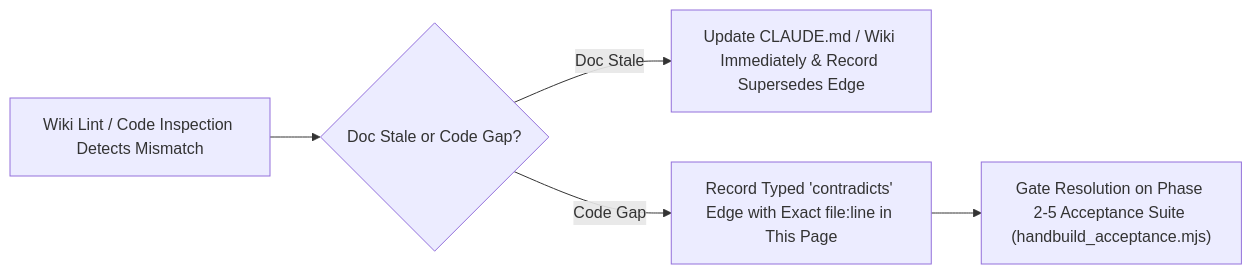
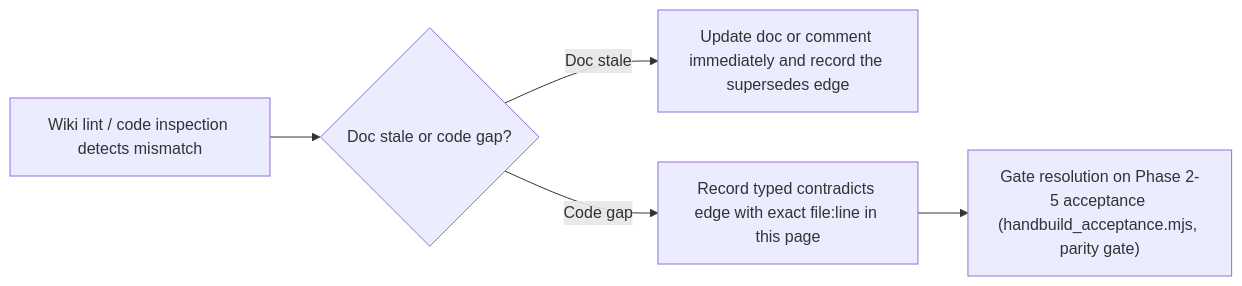
One commit to HCSS-StratBase/rizzoma changed the second of 2 diagrams in wiki/decisions/contradictions-and-lint-findings.md. Above: the diagram before and after it, drawn with Mermaid. The commit also changed other lines of this file and 17 other files, not shown here.

First line of the commit message:
docs(wiki): whole-repo coverage - generated reference catalogs, coverage gate, legacy screenshot pointer, re-verified five older pages

````diff
--- a/wiki/decisions/contradictions-and-lint-findings.md
+++ b/wiki/decisions/contradictions-and-lint-findings.md
@@ -54,7 +63,7 @@
 ```mermaid
 graph LR
-    DETECT["Wiki Lint / Code Inspection Detects Mismatch"] --> CLASSIFY{"Doc Stale or Code Gap?"}
-    CLASSIFY -->|Doc Stale| FIX_DOC["Update CLAUDE.md / Wiki Immediately & Record Supersedes Edge"]
-    CLASSIFY -->|Code Gap| LOG_GAP["Record Typed 'contradicts' Edge with Exact file:line in This Page"]
-    LOG_GAP --> PHASE_GATE["Gate Resolution on Phase 2-5 Acceptance Suite (handbuild_acceptance.mjs)"]
+    DETECT["Wiki lint / code inspection detects mismatch"] --> CLASSIFY{"Doc stale or code gap?"}
+    CLASSIFY -->|Doc stale| FIX_DOC["Update doc or comment immediately and record the supersedes edge"]
+    CLASSIFY -->|Code gap| LOG_GAP["Record typed contradicts edge with exact file:line in this page"]
+    LOG_GAP --> PHASE_GATE["Gate resolution on Phase 2-5 acceptance (handbuild_acceptance.mjs, parity gate)"]
 ```
````
